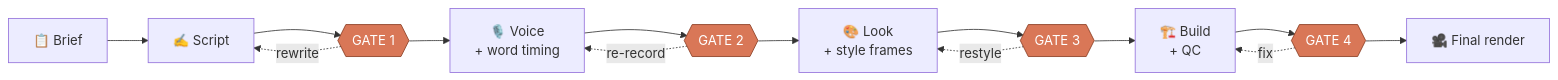
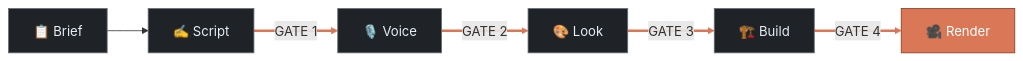
One commit to sandalkuilang/dalang changed the diagram in README.md. Above: the diagram before and after it, drawn with Mermaid. The commit also changed other lines of this file, not shown here.

Commit message:
README: compact the pipeline diagram so GitHub renders it legibly

````diff
--- a/README.md
+++ b/README.md
@@ -57,21 +57,16 @@
 ```mermaid
 flowchart LR
     B["📋 Brief"] --> S["✍️ Script"]
-    S --> G1{{"GATE 1"}}
-    G1 -.->|rewrite| S
-    G1 --> V["🎙️ Voice<br/>+ word timing"]
-    V --> G2{{"GATE 2"}}
-    G2 -.->|re-record| V
-    G2 --> L["🎨 Look<br/>+ style frames"]
-    L --> G3{{"GATE 3"}}
-    G3 -.->|restyle| L
-    G3 --> A["🏗️ Build<br/>+ QC"]
-    A --> G4{{"GATE 4"}}
-    G4 -.->|fix| A
-    G4 --> R["🎥 Final render"]
+    S ==>|"GATE 1"| V["🎙️ Voice"]
+    V ==>|"GATE 2"| L["🎨 Look"]
+    L ==>|"GATE 3"| A["🏗️ Build"]
+    A ==>|"GATE 4"| R["🎥 Render"]
 
-    style G1 fill:#d97757,stroke:#8a3d22,color:#fff
-    style G2 fill:#d97757,stroke:#8a3d22,color:#fff
-    style G3 fill:#d97757,stroke:#8a3d22,color:#fff
-    style G4 fill:#d97757,stroke:#8a3d22,color:#fff
+    style B fill:#1f2328,stroke:#656c76,color:#e6edf3
+    style S fill:#1f2328,stroke:#656c76,color:#e6edf3
+    style V fill:#1f2328,stroke:#656c76,color:#e6edf3
+    style L fill:#1f2328,stroke:#656c76,color:#e6edf3
+    style A fill:#1f2328,stroke:#656c76,color:#e6edf3
+    style R fill:#d97757,stroke:#8a3d22,color:#fff
+    linkStyle 1,2,3,4 stroke:#d97757,stroke-width:3px
 ```
````
